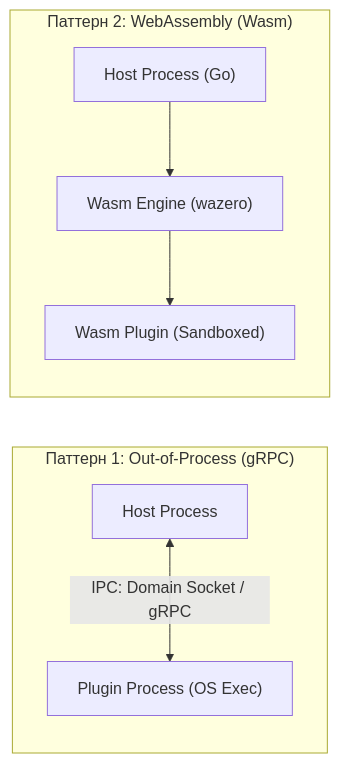
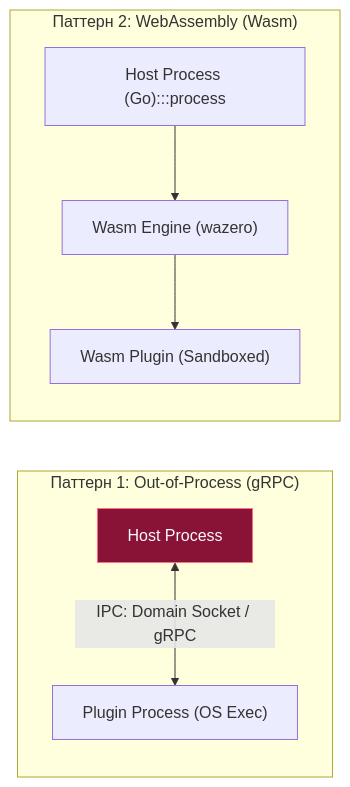
Before and after one commit to UnrealTemplier/go-textbook: the second of 2 diagrams in sources/7. Глубокий Go (Внутреннее устройство)/45. Plugins, Shared Libraries и ограничения Go.md, drawn with Mermaid. The commit also changed other lines of this file and 1666 other files, not shown here.

First line of the commit message:
feat(mermaid): add semantic color classDef to 1369 colorless flowchart/graph diagrams

````diff
--- a/sources/7. Глубокий Go (Внутреннее устройство)/45. Plugins, Shared Libraries и ограничения Go.md
+++ b/sources/7. Глубокий Go (Внутреннее устройство)/45. Plugins, Shared Libraries и ограничения Go.md
@@ -156,10 +166,20 @@
 ```mermaid
 flowchart LR
+    classDef process  fill:#1e293b,stroke:#38bdf8,stroke-width:1px,color:#f8fafc
+    classDef success  fill:#064e3b,stroke:#34d399,stroke-width:1px,color:#f8fafc
+    classDef error    fill:#7f1d1d,stroke:#f87171,stroke-width:1px,color:#f8fafc
+    classDef warning  fill:#78350f,stroke:#fbbf24,stroke-width:1px,color:#f8fafc
+    classDef entry    fill:#1e3a5f,stroke:#38bdf8,stroke-width:2px,color:#f8fafc
+    classDef aux      fill:#334155,stroke:#64748b,stroke-width:1px,color:#f8fafc
+    classDef system   fill:#312e81,stroke:#a78bfa,stroke-width:1px,color:#f8fafc
+    classDef data     fill:#132d29,stroke:#2dd4bf,stroke-width:1px,color:#f8fafc
+    classDef network  fill:#881337,stroke:#fb7185,stroke-width:1px,color:#f8fafc
+    classDef accent   fill:#1e1b4b,stroke:#818cf8,stroke-width:1px,color:#f8fafc
     subgraph PATTERN1 ["Паттерн 1: Out-of-Process (gRPC)"]
-        H1["Host Process"] <-->|IPC: Domain Socket / gRPC| P1["Plugin Process (OS Exec)"]
+        H1["Host Process"]:::network <-->|IPC: Domain Socket / gRPC| P1["Plugin Process (OS Exec)"]
     end
     
     subgraph PATTERN2 ["Паттерн 2: WebAssembly (Wasm)"]
-        H2["Host Process (Go)"] --> VM["Wasm Engine (wazero)"] --> P2["Wasm Plugin (Sandboxed)"]
+        H2["Host Process (Go):::process"] --> VM["Wasm Engine (wazero)"] --> P2["Wasm Plugin (Sandboxed)"]
     end
 ```
````
